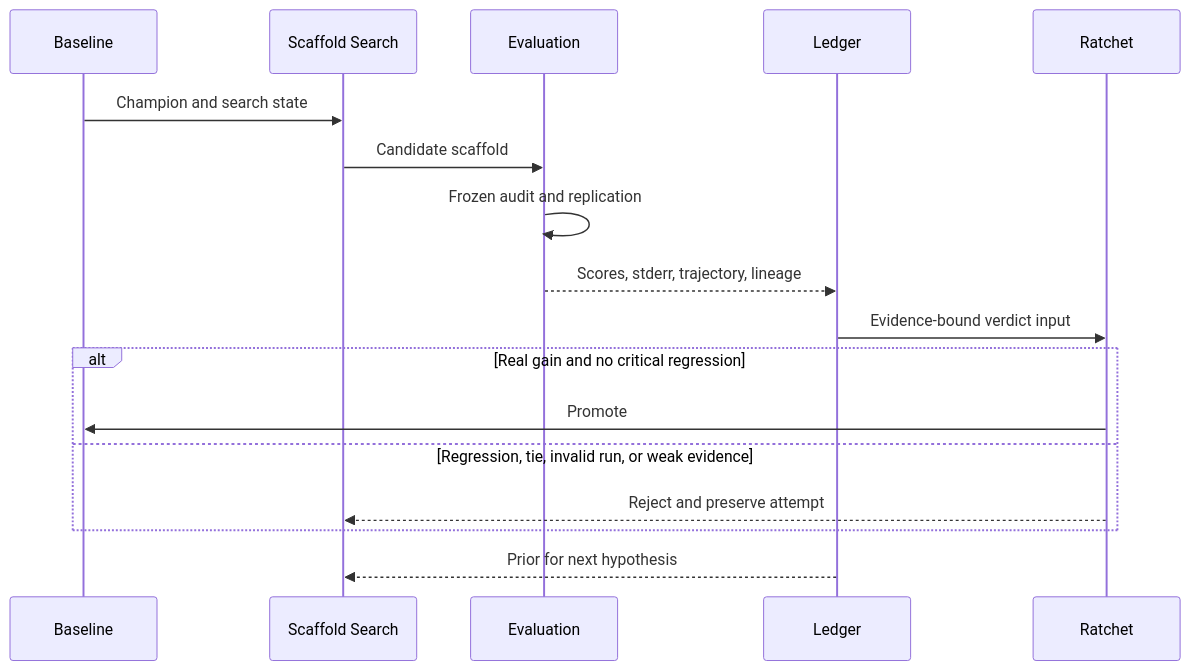
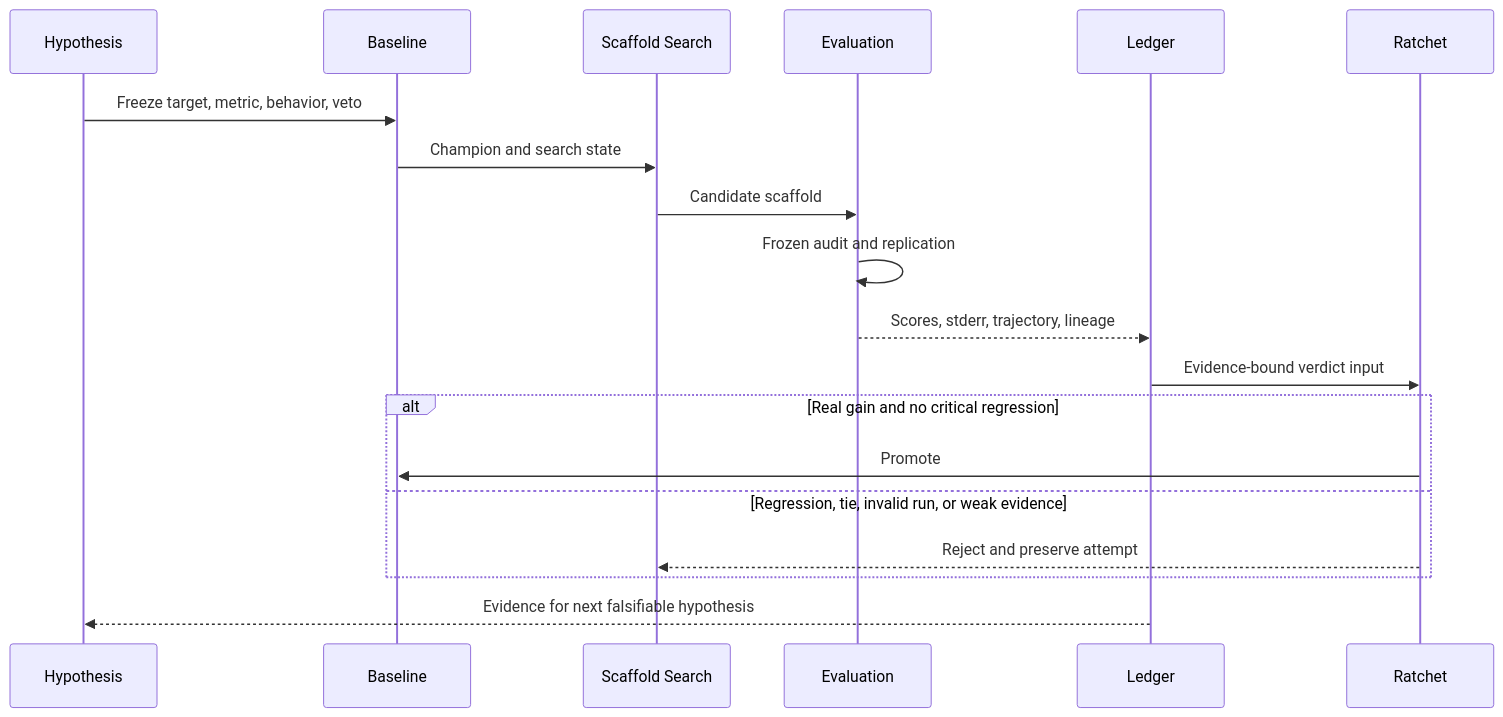
The fourth of 5 diagrams in README.md (mangowhoiscloud/mangowhoiscloud), drawn with Mermaid before and after one commit. The commit also changed other lines of this file and 1 other file, not shown here.

First line of the commit message:
docs(profile): falsifiable hypotheses, SIL to Crucible, and RSI position

````diff
--- a/README.md
+++ b/README.md
@@ -114,19 +145,21 @@
 ```mermaid
 sequenceDiagram
+    participant H as Hypothesis
     participant B as Baseline
     participant S as Scaffold Search
     participant E as Evaluation
     participant L as Ledger
     participant R as Ratchet
+    H->>B: Freeze target, metric, behavior, veto
     B->>S: Champion and search state
     S->>E: Candidate scaffold
     E->>E: Frozen audit and replication
     E-->>L: Scores, stderr, trajectory, lineage
     L->>R: Evidence-bound verdict input
     alt Real gain and no critical regression
         R->>B: Promote
     else Regression, tie, invalid run, or weak evidence
         R-->>S: Reject and preserve attempt
     end
-    L-->>S: Prior for next hypothesis
+    L-->>H: Evidence for next falsifiable hypothesis
 ```
````
